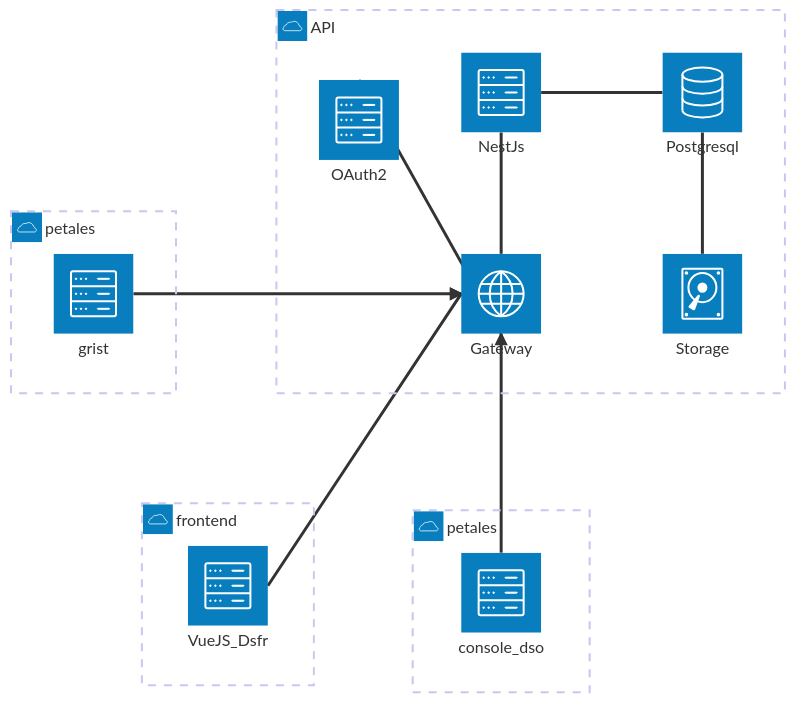
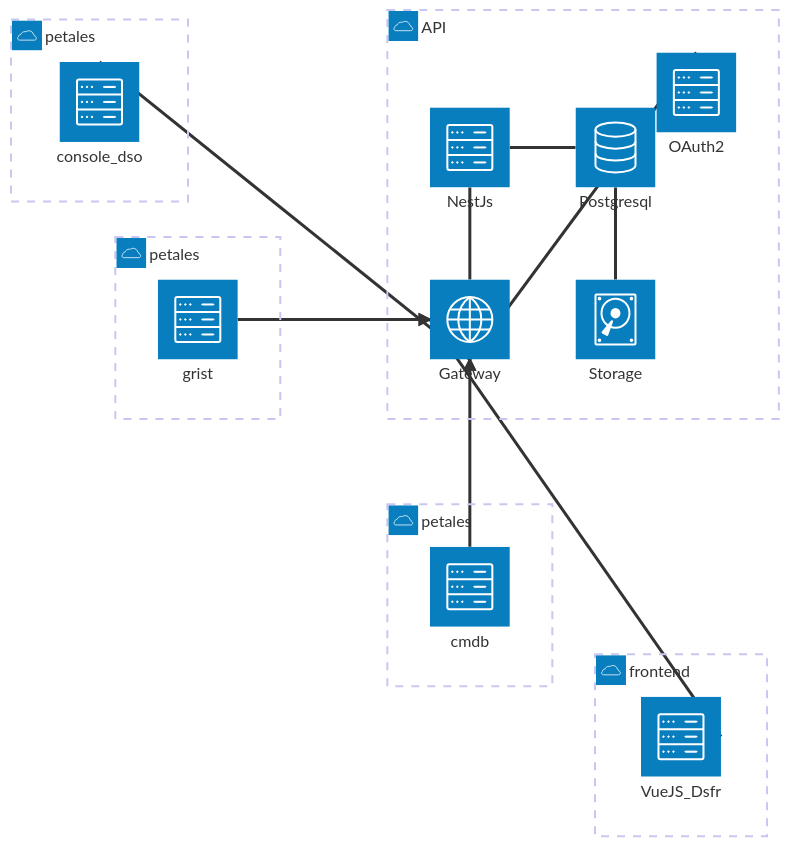
Before and after one commit to dnum-mi/referentiel-applications-slides: the diagram in slides.md, drawn with Mermaid.

Commit message:
add cmdb

````diff
--- a/slides.md
+++ b/slides.md
@@ -510,47 +510,53 @@
 ```mermaid
 %%{
   init: {
     'theme': 'default',
     'themeVariables': {
       'primaryColor': '#BB2528',
       'primaryTextColor': '#fff',
       'primaryBorderColor': '#7C0000',
       'lineColor': '#F8B229',
       'secondaryColor': '#006100',
       'tertiaryColor': '#fff',
       'fontSize': 10px
     }
   }
 }%%
 architecture-beta
 
     group api(cloud)[API]
 
     service gateway(internet)[Gateway] in api
     service db(database)[Postgresql] in api
     service disk1(disk)[Storage] in api
     service backend(server)[NestJs] in api
     service authent(server)[OAuth2] in api
 
     gateway:B -- T:authent
     gateway:T -- B:backend
     db:L -- R:backend
     disk1:T -- B:db
 
     group frontend(cloud)[frontend]
 
      service front(server)[VueJS_Dsfr] in frontend 
      front:R --> L:gateway
 
     group tableur(cloud)[petales]
 
      service grist(server)[grist] in tableur 
      grist:R --> L:gateway
 
     group consoledso(cloud)[petales]
 
      service console(server)[console_dso] in consoledso 
      console:T --> B:gateway
 
+    group cmdb_cloud(cloud)[petales]
+
+      service cmdb(server)[cmdb] in cmdb_cloud
+
+      cmdb:T --> B:gateway
+
 
 ```
````
